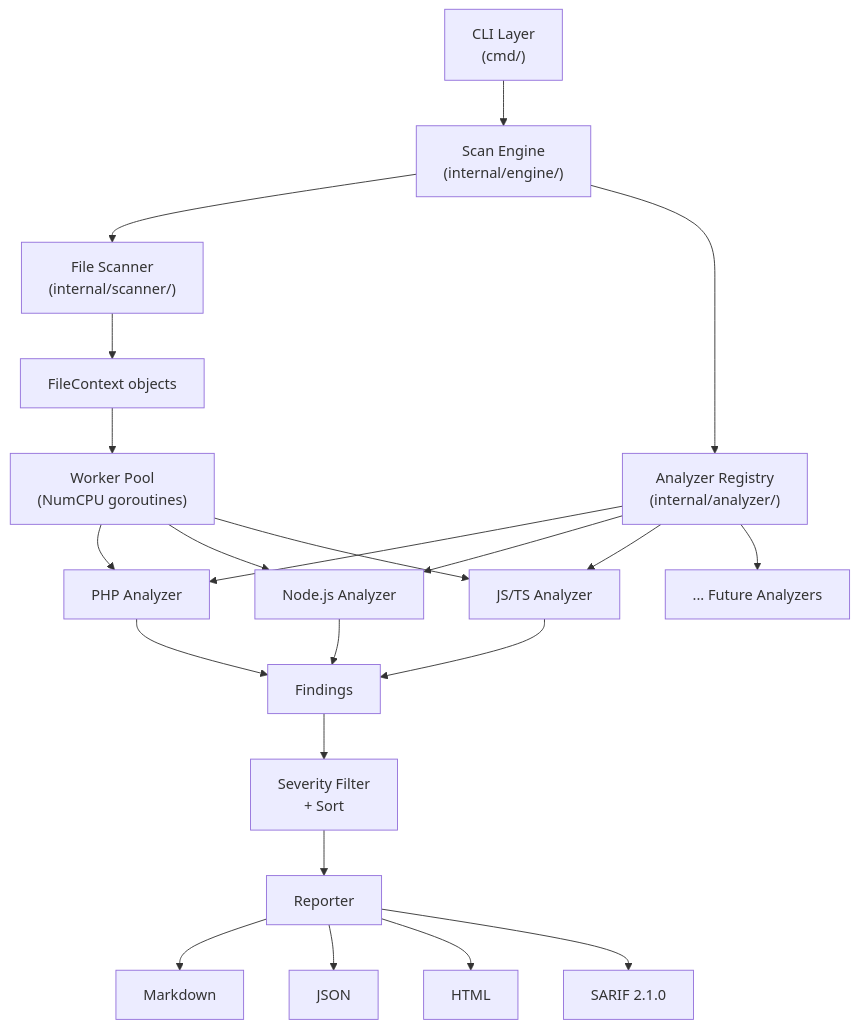
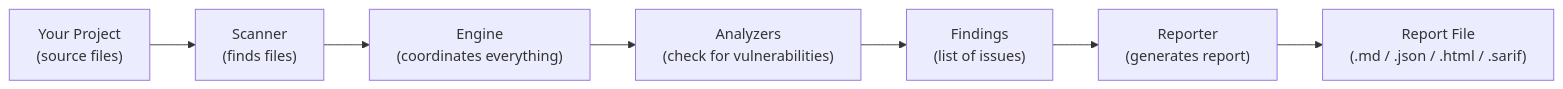
The first of 4 diagrams in TECHMANUAL.md (GabrielGRSilva/SAMUH), drawn with Mermaid before and after one commit. The commit also changed other lines of this file and 5 other files, not shown here.

````diff
--- a/TECHMANUAL.md
+++ b/TECHMANUAL.md
@@ -25,30 +34,9 @@
 ```mermaid
-flowchart TD
-    CLI["CLI Layer<br/>(cmd/)"] --> Engine["Scan Engine<br/>(internal/engine/)"]
-    Engine --> Scanner["File Scanner<br/>(internal/scanner/)"]
-    Engine --> Registry["Analyzer Registry<br/>(internal/analyzer/)"]
-    
-    Scanner --> FileCtx["FileContext objects"]
-    FileCtx --> Workers["Worker Pool<br/>(NumCPU goroutines)"]
-    
-    Registry --> PHP["PHP Analyzer"]
-    Registry --> Node["Node.js Analyzer"]
-    Registry --> JSTS["JS/TS Analyzer"]
-    Registry --> Future["... Future Analyzers"]
-    
-    Workers --> PHP
-    Workers --> Node
-    Workers --> JSTS
-    
-    PHP --> Findings["Findings"]
-    Node --> Findings
-    JSTS --> Findings
-    
-    Findings --> Filter["Severity Filter<br/>+ Sort"]
-    Filter --> Reporter["Reporter"]
-    
-    Reporter --> MD["Markdown"]
-    Reporter --> JSON["JSON"]
-    Reporter --> HTML["HTML"]
-    Reporter --> SARIF["SARIF 2.1.0"]
+flowchart LR
+    A["Your Project<br/>(source files)"] --> B["Scanner<br/>(finds files)"]
+    B --> C["Engine<br/>(coordinates everything)"]
+    C --> D["Analyzers<br/>(check for vulnerabilities)"]
+    D --> E["Findings<br/>(list of issues)"]
+    E --> F["Reporter<br/>(generates report)"]
+    F --> G["Report File<br/>(.md / .json / .html / .sarif)"]
 ```
````
